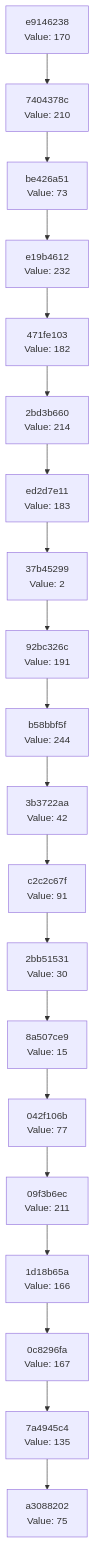
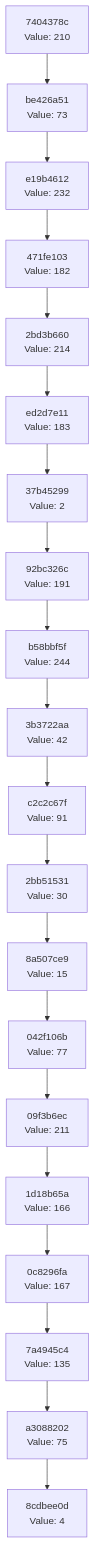
One commit to Abhisheksinha1506/hash-chain-evolver changed the diagram in docs/CHAIN_VISUALIZATION.md. Above: the diagram before and after it, drawn with Mermaid. The commit also changed 3 other files, not shown here.

````diff
--- a/docs/CHAIN_VISUALIZATION.md
+++ b/docs/CHAIN_VISUALIZATION.md
@@ -3,42 +3,42 @@
 ```mermaid
 graph TD
-    C0["a3088202<br/>Value: 75"]
-    C1["7a4945c4<br/>Value: 135"]
+    C0["8cdbee0d<br/>Value: 4"]
+    C1["a3088202<br/>Value: 75"]
     C1 --> C0
-    C2["0c8296fa<br/>Value: 167"]
+    C2["7a4945c4<br/>Value: 135"]
     C2 --> C1
-    C3["1d18b65a<br/>Value: 166"]
+    C3["0c8296fa<br/>Value: 167"]
     C3 --> C2
-    C4["09f3b6ec<br/>Value: 211"]
+    C4["1d18b65a<br/>Value: 166"]
     C4 --> C3
-    C5["042f106b<br/>Value: 77"]
+    C5["09f3b6ec<br/>Value: 211"]
     C5 --> C4
-    C6["8a507ce9<br/>Value: 15"]
+    C6["042f106b<br/>Value: 77"]
     C6 --> C5
-    C7["2bb51531<br/>Value: 30"]
+    C7["8a507ce9<br/>Value: 15"]
     C7 --> C6
-    C8["c2c2c67f<br/>Value: 91"]
+    C8["2bb51531<br/>Value: 30"]
     C8 --> C7
-    C9["3b3722aa<br/>Value: 42"]
+    C9["c2c2c67f<br/>Value: 91"]
     C9 --> C8
-    C10["b58bbf5f<br/>Value: 244"]
+    C10["3b3722aa<br/>Value: 42"]
     C10 --> C9
-    C11["92bc326c<br/>Value: 191"]
+    C11["b58bbf5f<br/>Value: 244"]
     C11 --> C10
-    C12["37b45299<br/>Value: 2"]
+    C12["92bc326c<br/>Value: 191"]
     C12 --> C11
-    C13["ed2d7e11<br/>Value: 183"]
+    C13["37b45299<br/>Value: 2"]
     C13 --> C12
-    C14["2bd3b660<br/>Value: 214"]
+    C14["ed2d7e11<br/>Value: 183"]
     C14 --> C13
-    C15["471fe103<br/>Value: 182"]
+    C15["2bd3b660<br/>Value: 214"]
     C15 --> C14
-    C16["e19b4612<br/>Value: 232"]
+    C16["471fe103<br/>Value: 182"]
     C16 --> C15
-    C17["be426a51<br/>Value: 73"]
+    C17["e19b4612<br/>Value: 232"]
     C17 --> C16
-    C18["7404378c<br/>Value: 210"]
+    C18["be426a51<br/>Value: 73"]
     C18 --> C17
-    C19["e9146238<br/>Value: 170"]
+    C19["7404378c<br/>Value: 210"]
     C19 --> C18
 ```
````
